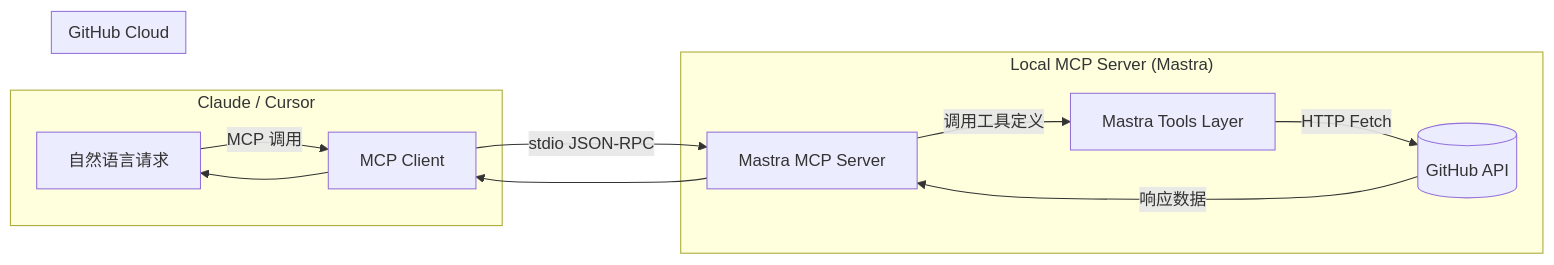
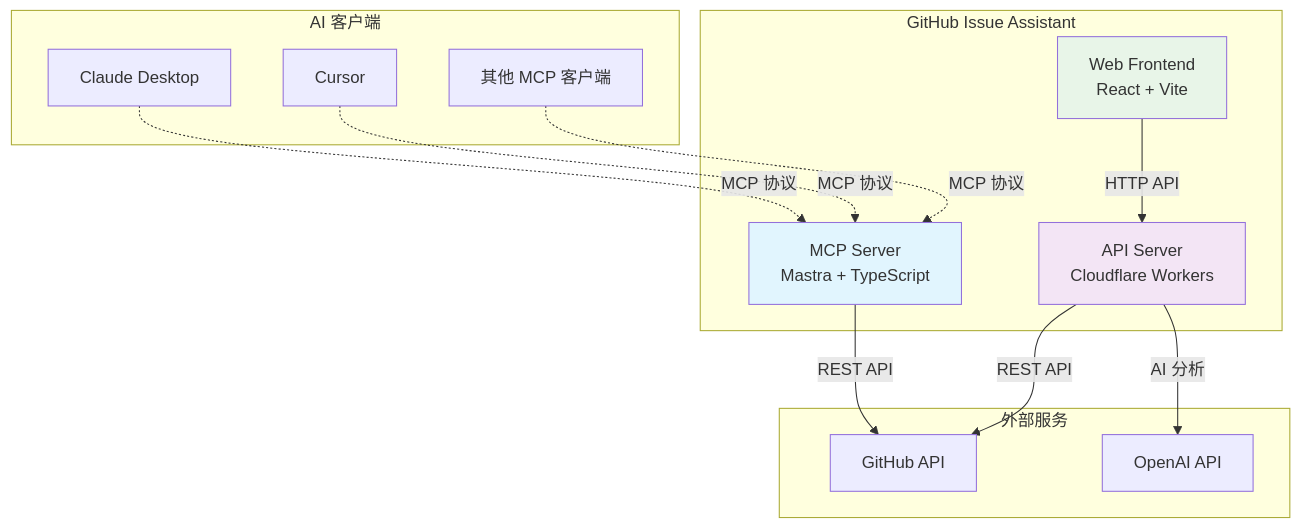
The diagram in README.md (samztz/github-issue-assistant), drawn with Mermaid before and after one commit. The commit also changed other lines of this file, not shown here.

````diff
--- a/README.md
+++ b/README.md
@@ -28,21 +23,31 @@
 ```mermaid
-flowchart LR
-  %% 客户端
-  subgraph "Claude / Cursor"
-    A[自然语言请求] -->|MCP 调用| B[MCP Client]
-  end
-
-  %% 本地服务（Mastra）
-  subgraph "Local MCP Server (Mastra)"
-    B -->|stdio JSON-RPC| C[Mastra MCP Server]
-    C -->|调用工具定义| T[Mastra Tools Layer]
-    T -->|HTTP Fetch| D[(GitHub API)]
-  end
-
-  %% 云端
-  subgraph "GitHub Cloud"
-    D -->|响应数据| C
-  end
-
-  C --> B --> A
+flowchart TB
+    subgraph "AI 客户端"
+        A[Claude Desktop] 
+        B[Cursor]
+        C[其他 MCP 客户端]
+    end
+    
+    subgraph "GitHub Issue Assistant"
+        D[MCP Server<br/>Mastra + TypeScript]
+        E[Web Frontend<br/>React + Vite]
+        F[API Server<br/>Cloudflare Workers]
+    end
+    
+    subgraph "外部服务"
+        G[GitHub API]
+        H[OpenAI API]
+    end
+    
+    A -.->|MCP 协议| D
+    B -.->|MCP 协议| D
+    C -.->|MCP 协议| D
+    E -->|HTTP API| F
+    D -->|REST API| G
+    F -->|REST API| G
+    F -->|AI 分析| H
+    
+    style D fill:#e1f5fe
+    style F fill:#f3e5f5
+    style E fill:#e8f5e8
 ```
````
